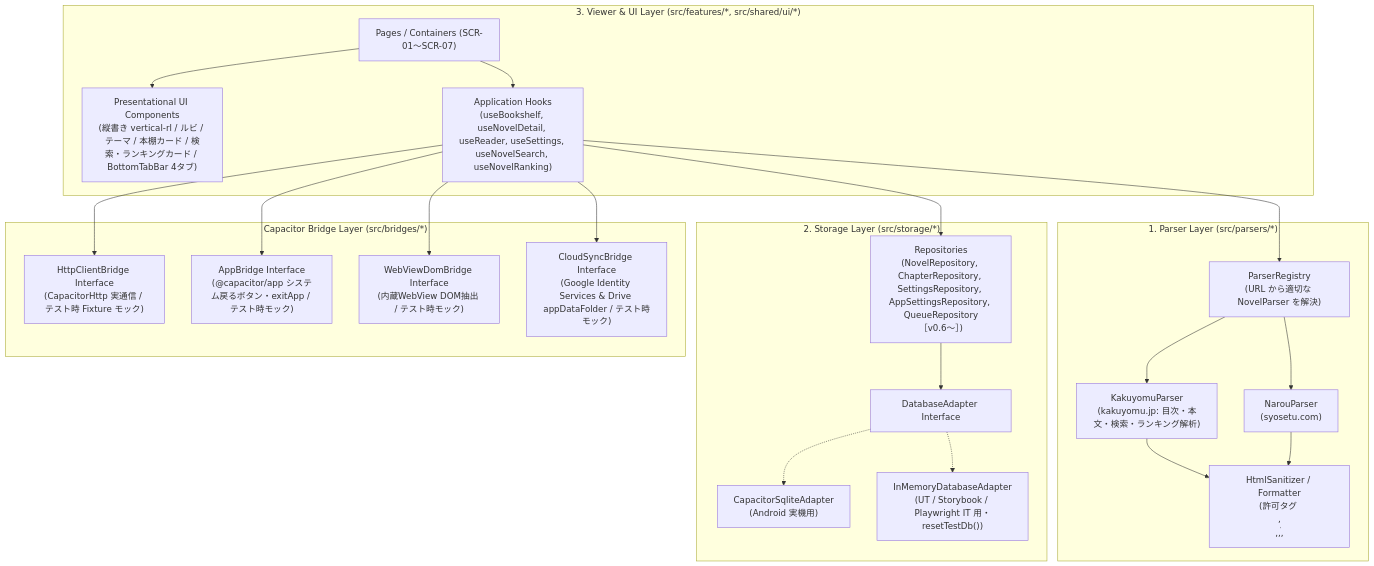
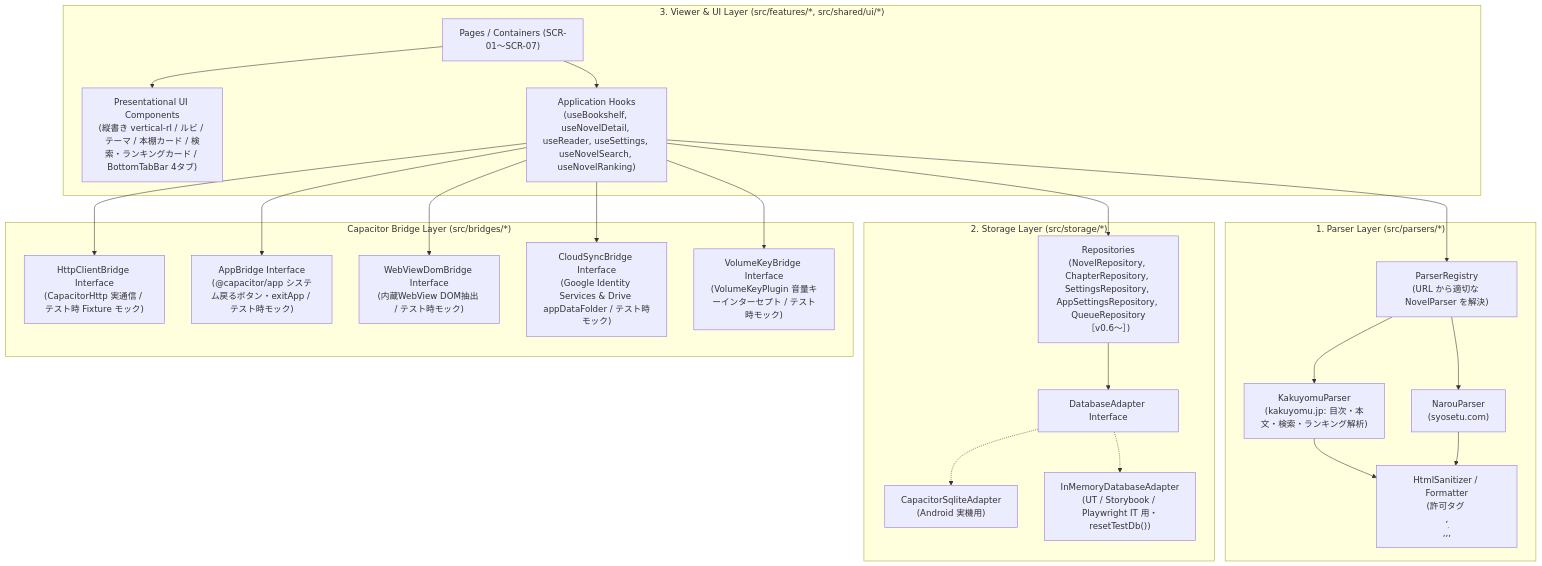
One commit to high-soar/Yommy changed the diagram in docs/specs/architecture.md. Above: the diagram before and after it, drawn with Mermaid. The commit also changed other lines of this file and 6 other files, not shown here.

````diff
--- a/docs/specs/architecture.md
+++ b/docs/specs/architecture.md
@@ -94,45 +99,47 @@
 ```mermaid
 flowchart TB
     subgraph UILayer ["3. Viewer & UI Layer (src/features/*, src/shared/ui/*)"]
         Pages["Pages / Containers (SCR-01〜SCR-07)"]
         Components["Presentational UI Components<br>(縦書き vertical-rl / ルビ / テーマ / 本棚カード / 検索・ランキングカード / BottomTabBar 4タブ)"]
         Hooks["Application Hooks<br>(useBookshelf, useNovelDetail, useReader, useSettings, useNovelSearch, useNovelRanking)"]
         Pages --> Components
         Pages --> Hooks
     end
 
     subgraph ParserLayer ["1. Parser Layer (src/parsers/*)"]
         Registry["ParserRegistry<br>(URL から適切な NovelParser を解決)"]
         Kakuyomu["KakuyomuParser<br>(kakuyomu.jp: 目次・本文・検索・ランキング解析)"]
         Narou["NarouParser<br>(syosetu.com)"]
         Sanitizer["HtmlSanitizer / Formatter<br>(許可タグ <p>,<br>,<ruby>,<rb>,<rt>,<rp>,<em> のみ保持)"]
         Registry --> Kakuyomu
         Registry --> Narou
         Kakuyomu --> Sanitizer
         Narou --> Sanitizer
     end
 
     subgraph StorageLayer ["2. Storage Layer (src/storage/*)"]
         Repos["Repositories<br>(NovelRepository, ChapterRepository, SettingsRepository, AppSettingsRepository, QueueRepository［v0.6〜］)"]
         DbAdapter["DatabaseAdapter Interface"]
         SqliteImpl["CapacitorSqliteAdapter<br>(Android 実機用)"]
         MemImpl["InMemoryDatabaseAdapter<br>(UT / Storybook / Playwright IT 用・resetTestDb())"]
         Repos --> DbAdapter
         DbAdapter -.-> SqliteImpl
         DbAdapter -.-> MemImpl
     end
 
     subgraph BridgeLayer ["Capacitor Bridge Layer (src/bridges/*)"]
         HttpBridge["HttpClientBridge Interface<br>(CapacitorHttp 実通信 / テスト時 Fixture モック)"]
         AppBridge["AppBridge Interface<br>(@capacitor/app システム戻るボタン・exitApp / テスト時モック)"]
         WebViewBridge["WebViewDomBridge Interface<br>(内蔵WebView DOM抽出 / テスト時モック)"]
         CloudSyncBridge["CloudSyncBridge Interface<br>(Google Identity Services & Drive appDataFolder / テスト時モック)"]
+        VolumeKeyBridge["VolumeKeyBridge Interface<br>(VolumeKeyPlugin 音量キーインターセプト / テスト時モック)"]
     end
 
     Hooks --> Registry
     Hooks --> Repos
     Hooks --> HttpBridge
     Hooks --> AppBridge
     Hooks --> WebViewBridge
     Hooks --> CloudSyncBridge
+    Hooks --> VolumeKeyBridge
 ```
````
